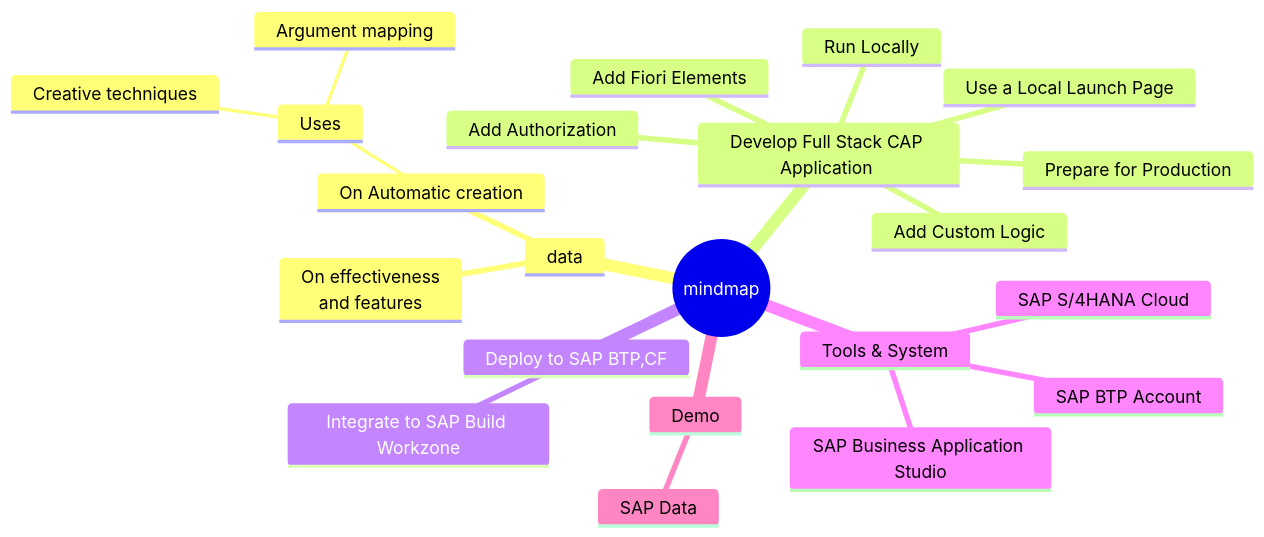
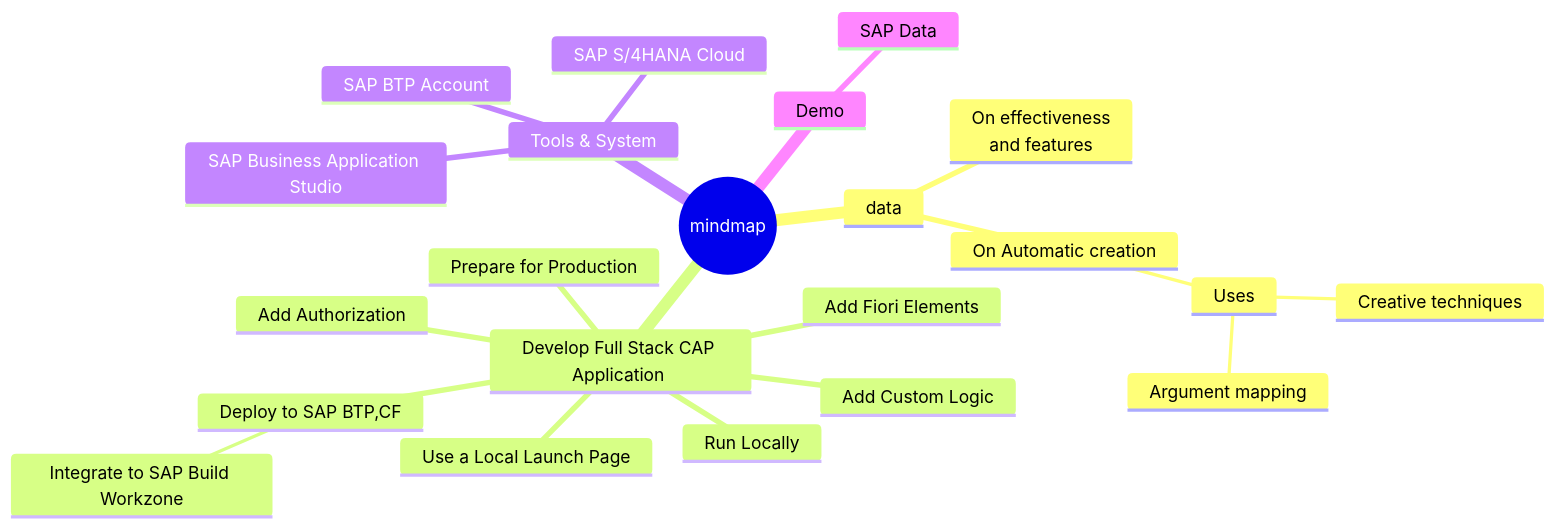
Before and after one commit to ejazsyed/validation-issue: the first of 4 diagrams in README.md, drawn with Mermaid.

````diff
--- a/README.md
+++ b/README.md
@@ -7,26 +7,26 @@
 ```mermaid
    mindmap
   root((mindmap))
     data
       On effectiveness<br/>and features
       On Automatic creation
         Uses
             Creative techniques
             Argument mapping
     Develop Full Stack CAP Application 
       Add Custom Logic
       Add Fiori Elements
       Use a Local Launch Page
       Add Authorization
       Run Locally
       Prepare for Production
-    Deploy to SAP BTP,CF
-      Integrate to SAP Build Workzone
+      Deploy to SAP BTP,CF
+        Integrate to SAP Build Workzone
     Tools & System
       SAP BTP Account
       SAP Business Application Studio
       SAP S/4HANA Cloud
     Demo
       SAP Data
 
 ```
````
